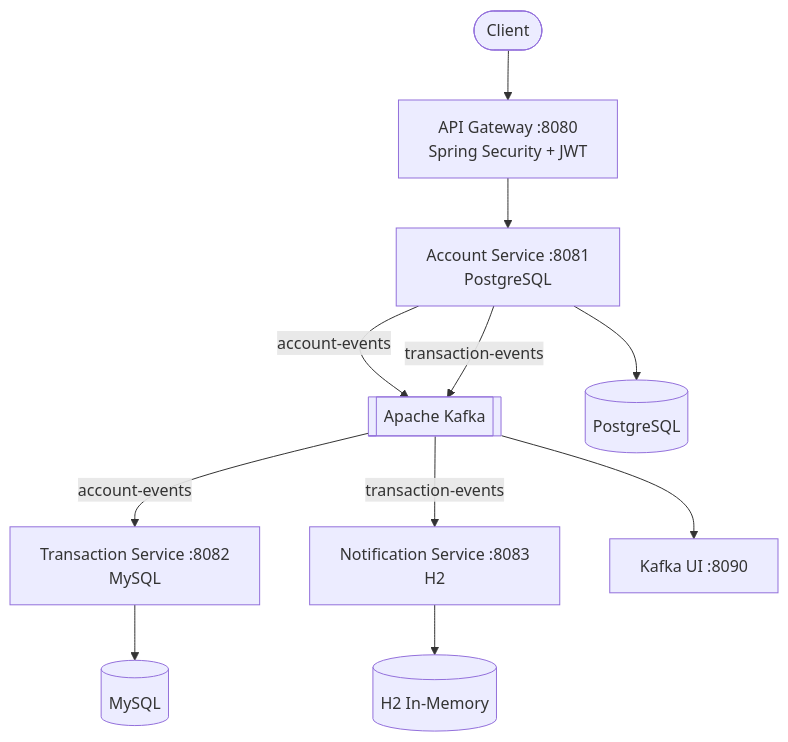
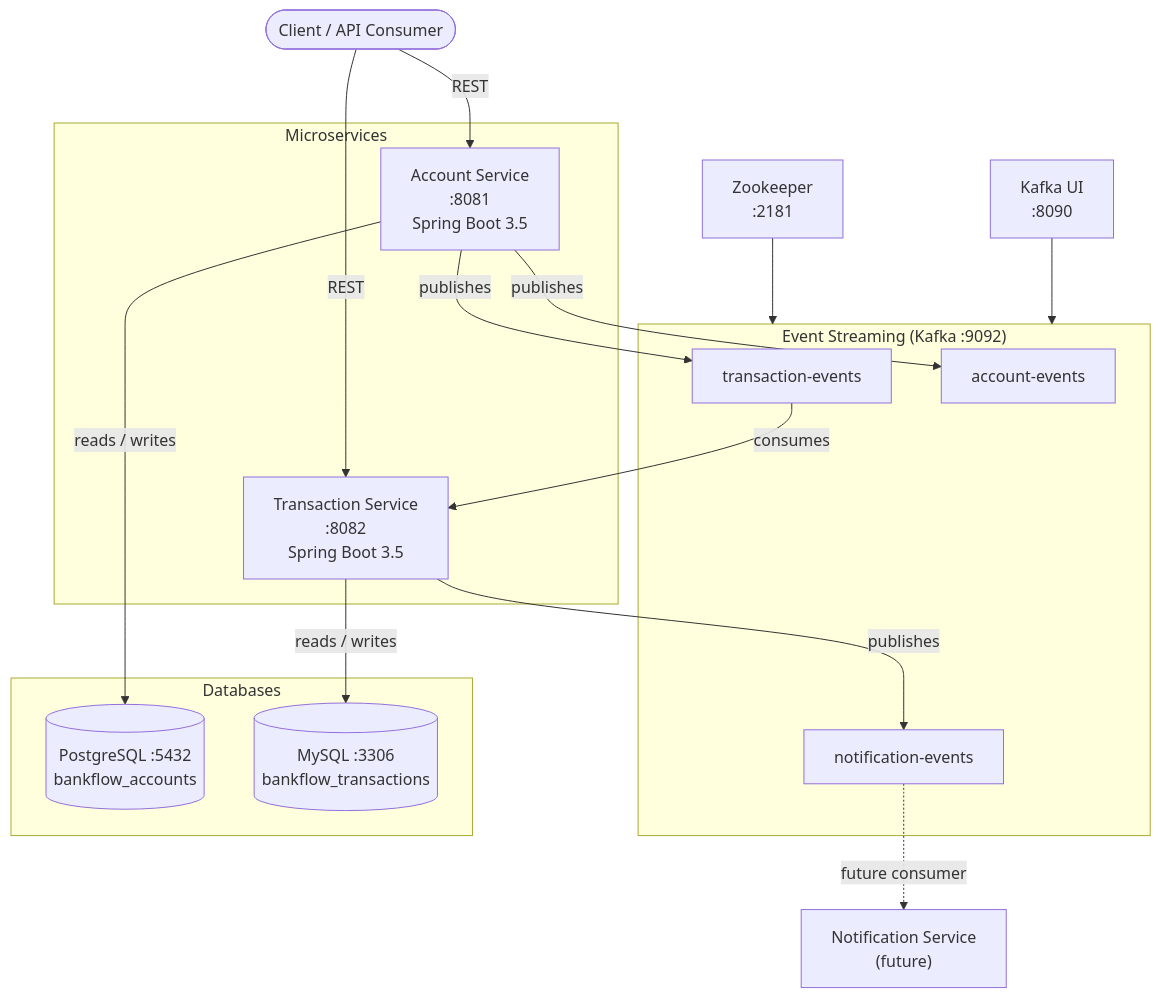
The first of 4 diagrams in README.md (shivamcharag/bankflow), drawn with Mermaid before and after one commit. The commit also changed other lines of this file, not shown here.

````diff
--- a/README.md
+++ b/README.md
@@ -6,18 +9,40 @@
 ```mermaid
-graph TD
-    Client([Client]) --> GW[API Gateway :8080\nSpring Security + JWT]
-    
-    GW --> AS[Account Service :8081\nPostgreSQL]
-    
-    AS -->|account-events| K[[Apache Kafka]]
-    AS -->|transaction-events| K
-    
-    K -->|account-events| TS[Transaction Service :8082\nMySQL]
-    K -->|transaction-events| NS[Notification Service :8083\nH2]
-    
-    AS --> PG[(PostgreSQL)]
-    TS --> MY[(MySQL)]
-    NS --> H2[(H2 In-Memory)]
-    
-    K --> KUI[Kafka UI :8090]
+graph TB
+    Client([Client / API Consumer])
+
+    subgraph Services["Microservices"]
+        AS["Account Service\n:8081\nSpring Boot 3.5"]
+        TS["Transaction Service\n:8082\nSpring Boot 3.5"]
+    end
+
+    subgraph Messaging["Event Streaming (Kafka :9092)"]
+        TE[transaction-events]
+        AE[account-events]
+        NE[notification-events]
+    end
+
+    subgraph Databases["Databases"]
+        PG[(PostgreSQL :5432\nbankflow_accounts)]
+        MY[(MySQL :3306\nbankflow_transactions)]
+    end
+
+    NS["Notification Service\n(future)"]
+    KUI["Kafka UI\n:8090"]
+    ZK["Zookeeper\n:2181"]
+
+    Client -->|REST| AS
+    Client -->|REST| TS
+
+    AS -->|reads / writes| PG
+    AS -->|publishes| TE
+    AS -->|publishes| AE
+
+    TE -->|consumes| TS
+    TS -->|reads / writes| MY
+    TS -->|publishes| NE
+
+    NE -.->|future consumer| NS
+
+    ZK --> Messaging
+    KUI --> Messaging
 ```
````
